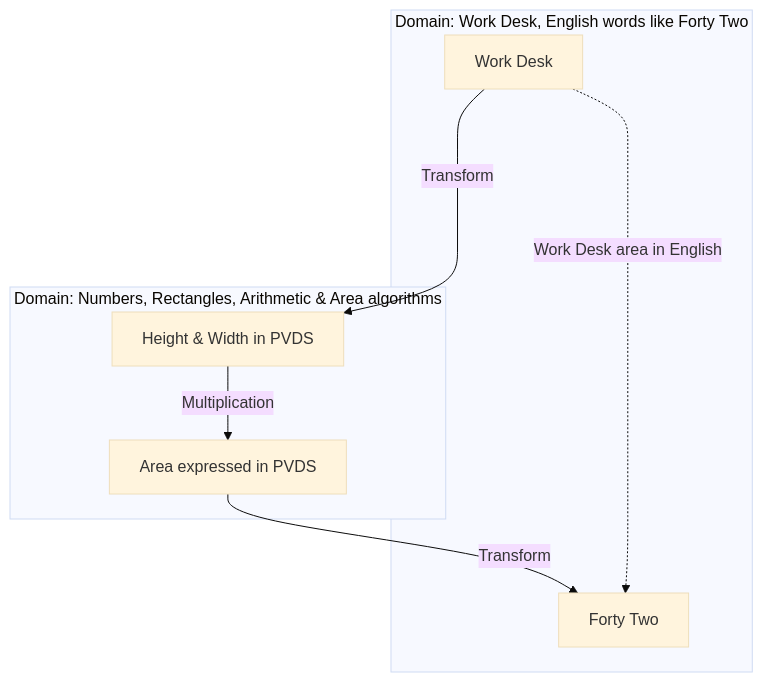
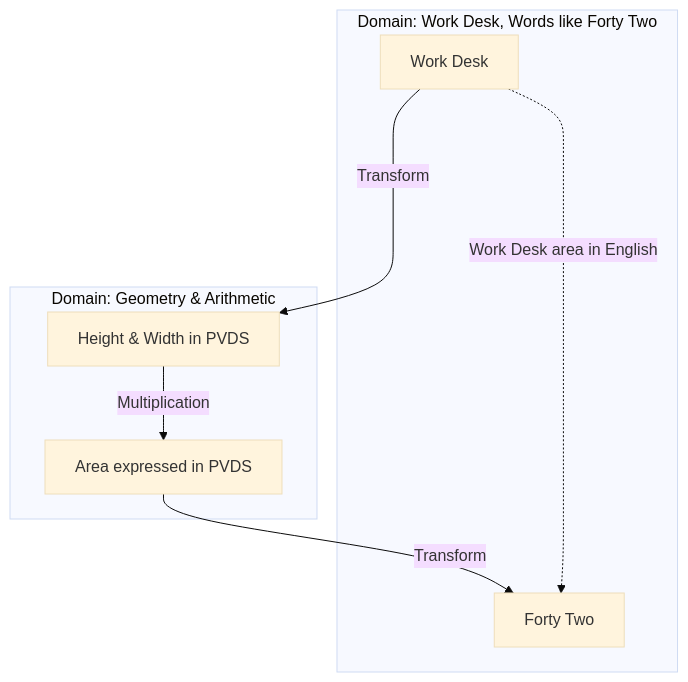
One commit to vemana/vemana.github.io changed the second of 4 diagrams in _posts/2001-01-01-abiyz-intro.md. Above: the diagram before and after it, drawn with Mermaid (base theme). The commit also changed other lines of this file and 5 other files, not shown here.

Commit message:
Use mermaid without jekyll-diagrams plugin since that plugin is old & doesn't support latest mermaid features.

````diff
--- a/_posts/2001-01-01-abiyz-intro.md
+++ b/_posts/2001-01-01-abiyz-intro.md
@@ -50,12 +52,13 @@
-{% mermaid %}
+```mermaid
 flowchart TB
+
 A[Work Desk] -- Transform --> B[Height & Width in PVDS]
 Y[Area expressed in PVDS] -- Transform --> Z[Forty Two]
-subgraph psd ["Domain: Numbers, Rectangles, Arithmetic & Area algorithms"]
+subgraph psd ["Domain: Geometry & Arithmetic"]
 B -- Multiplication --> Y
 end
-subgraph rwd ["Domain: Work Desk, English words like Forty Two"]
+subgraph rwd ["Domain: Work Desk, Words like Forty Two"]
 A -. Work Desk area in English .-> Z
 end
 psd ~~~~~ rwd
-{% endmermaid %}
+```
````
